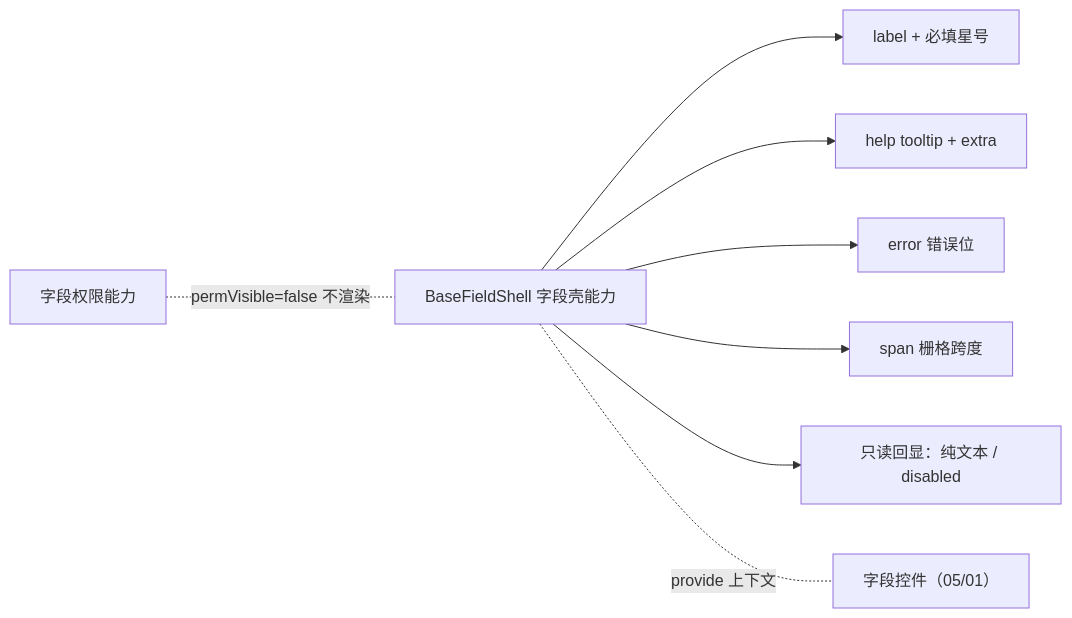
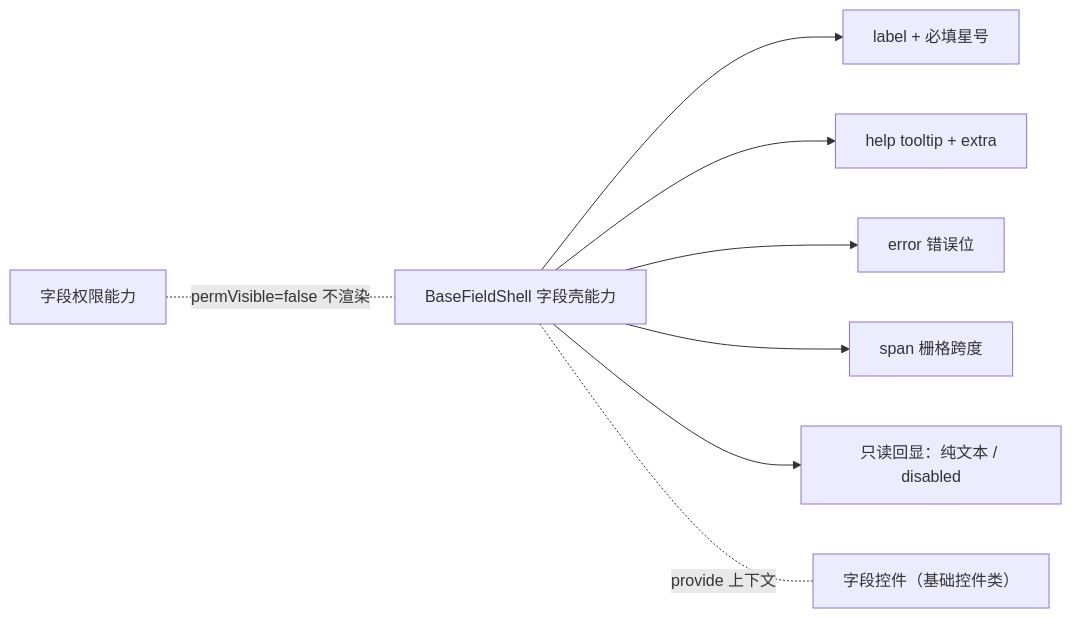
Before and after one commit to minjian123/basic-management-system: the diagram in bms文档/设计/组件设计/02_基础组件类/02_能力类/10_组件设计_字段壳能力/10_组件设计_字段壳能力.md, drawn with Mermaid. The commit also changed other lines of this file and 35 other files, not shown here.

````diff
--- a/bms文档/设计/组件设计/02_基础组件类/02_能力类/10_组件设计_字段壳能力/10_组件设计_字段壳能力.md
+++ b/bms文档/设计/组件设计/02_基础组件类/02_能力类/10_组件设计_字段壳能力/10_组件设计_字段壳能力.md
@@ -15,10 +15,10 @@
 ```mermaid
 flowchart LR
     W["BaseFieldShell 字段壳能力"] --> L["label + 必填星号"]
     W --> H["help tooltip + extra"]
     W --> E["error 错误位"]
     W --> S["span 栅格跨度"]
     W --> R["只读回显：纯文本 / disabled"]
-    W -.provide 上下文.- C["字段控件（05/01）"]
+    W -.provide 上下文.- C["字段控件（基础控件类）"]
     P["字段权限能力"] -.permVisible=false 不渲染.- W
 ```
````
